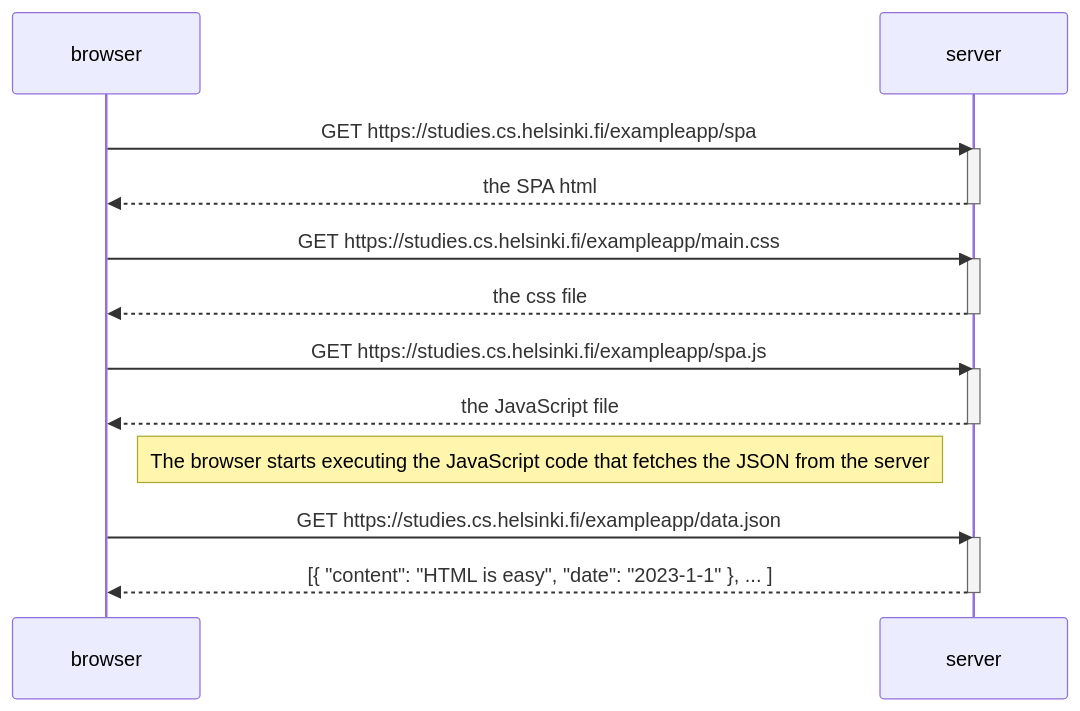
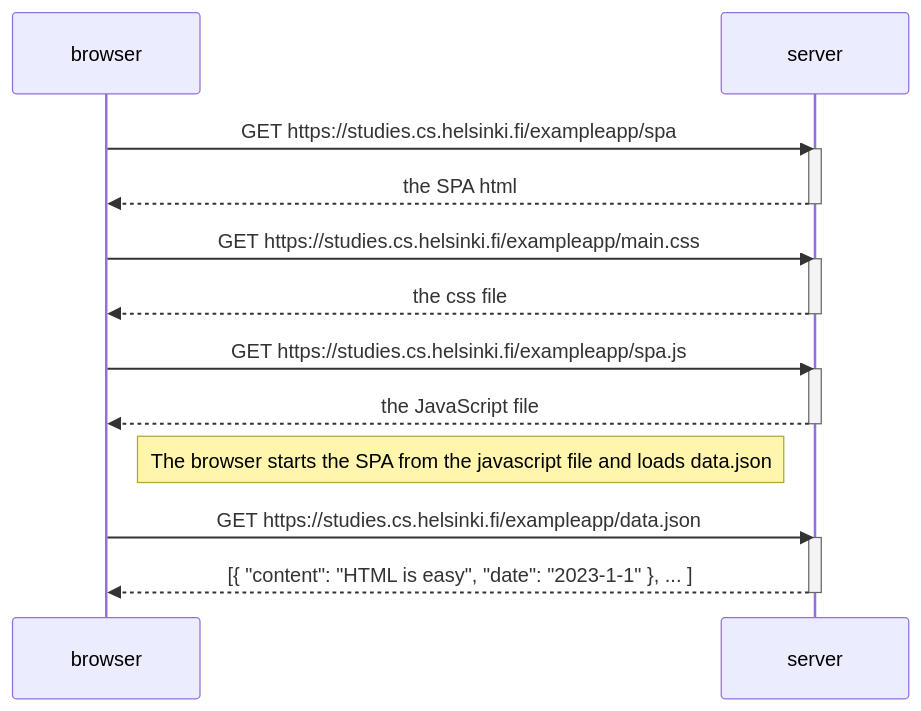
Before and after one commit to JukkaK/FullStack2023: the diagram in part0/05.md, drawn with Mermaid. The commit also changed 1 other file, not shown here.

Commit message:
add notes

````diff
--- a/part0/05.md
+++ b/part0/05.md
@@ -1,28 +1,28 @@
 ```mermaid
 sequenceDiagram
     participant browser
     participant server
 
     browser->>server: GET https://studies.cs.helsinki.fi/exampleapp/spa
     activate server
     server-->>browser: the SPA html
     deactivate server
 
     browser->>server: GET https://studies.cs.helsinki.fi/exampleapp/main.css
     activate server
     server-->>browser: the css file
     deactivate server
 
     browser->>server: GET https://studies.cs.helsinki.fi/exampleapp/spa.js
     activate server
     server-->>browser: the JavaScript file
     deactivate server    
 
-    Note right of browser: The browser starts executing the JavaScript code that fetches the JSON from the server
+    Note right of browser: The browser starts the SPA from the javascript file and loads data.json
 
     browser->>server: GET https://studies.cs.helsinki.fi/exampleapp/data.json
     activate server
     server-->>browser: [{ "content": "HTML is easy", "date": "2023-1-1" }, ... ]
     deactivate server
     
 ```
````
